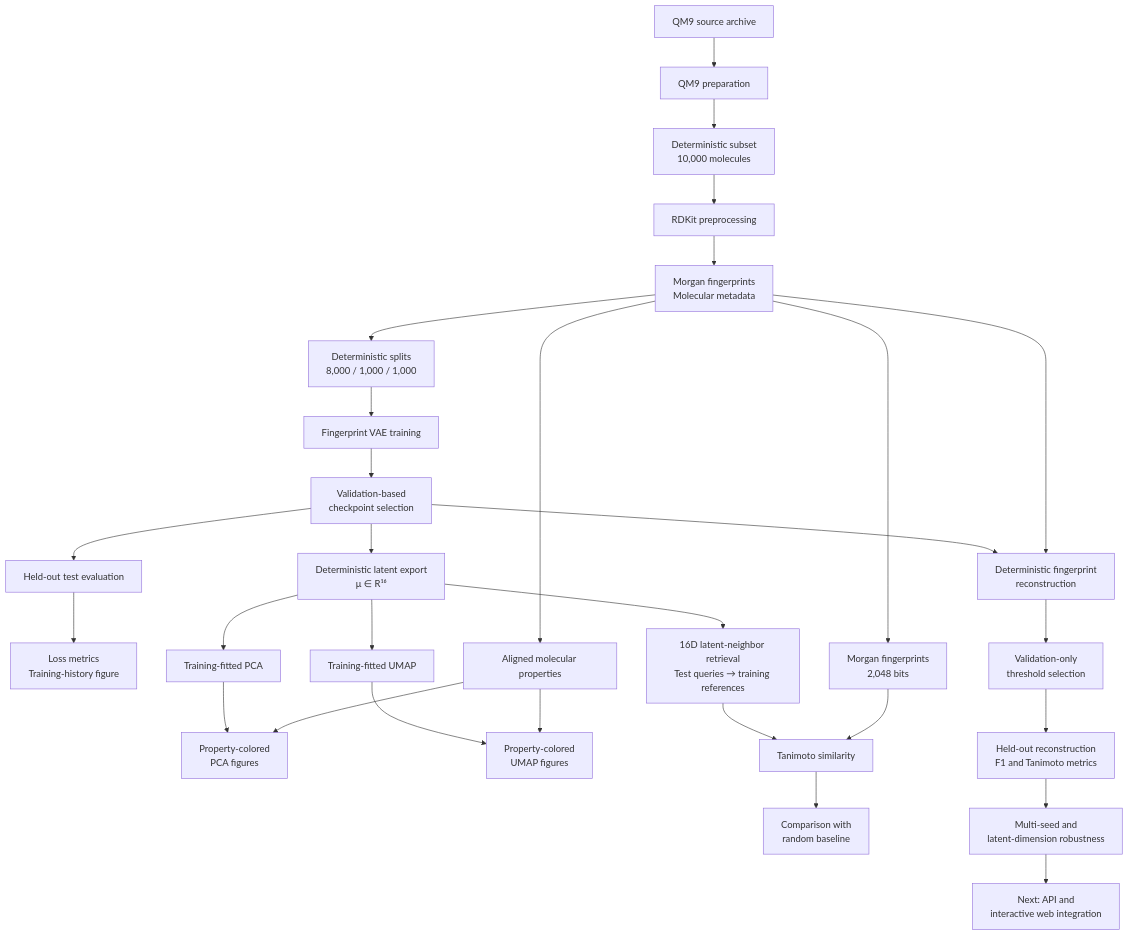
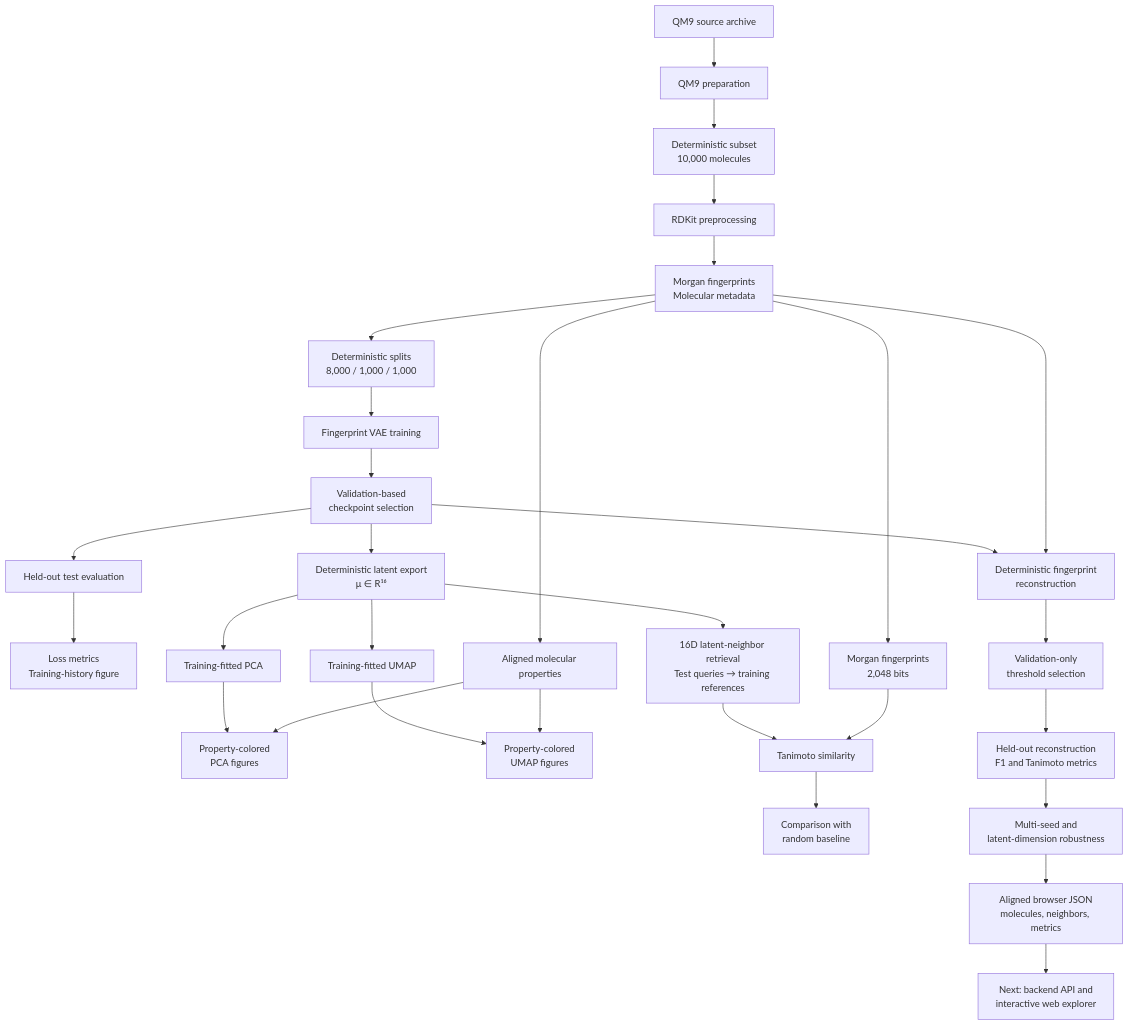
One commit to rizonehyseni/Latent-Space-Explorer changed the diagram in docs/ARCHITECTURE.md. Above: the diagram before and after it, drawn with Mermaid. The commit also changed other lines of this file and 1 other file, not shown here.

Commit message:
docs: update project status for web integration

````diff
--- a/docs/ARCHITECTURE.md
+++ b/docs/ARCHITECTURE.md
@@ -11,36 +11,37 @@
 ```mermaid
 flowchart TD
     A["QM9 source archive"] --> B["QM9 preparation"]
     B --> C["Deterministic subset<br/>10,000 molecules"]
     C --> D["RDKit preprocessing"]
     D --> E["Morgan fingerprints<br/>Molecular metadata"]
     E --> F["Deterministic splits<br/>8,000 / 1,000 / 1,000"]
 
     F --> G["Fingerprint VAE training"]
     G --> H["Validation-based<br/>checkpoint selection"]
     H --> I["Held-out test evaluation"]
     I --> J["Loss metrics<br/>Training-history figure"]
 
     H --> K["Deterministic latent export<br/>μ ∈ R¹⁶"]
     K --> L["Training-fitted PCA"]
     K --> M["Training-fitted UMAP"]
 
     E --> N["Aligned molecular properties"]
     L --> O["Property-colored<br/>PCA figures"]
     M --> P["Property-colored<br/>UMAP figures"]
     N --> O
     N --> P
 
     K --> Q["16D latent-neighbor retrieval<br/>Test queries → training references"]
     E --> R["Morgan fingerprints<br/>2,048 bits"]
     Q --> S["Tanimoto similarity"]
     R --> S
     S --> T["Comparison with<br/>random baseline"]
 
     H --> U["Deterministic fingerprint<br/>reconstruction"]
     E --> U
     U --> V["Validation-only<br/>threshold selection"]
     V --> W["Held-out reconstruction<br/>F1 and Tanimoto metrics"]
     W --> X["Multi-seed and<br/>latent-dimension robustness"]
-    X --> Y["Next: API and<br/>interactive web integration"]    
+    X --> Y["Aligned browser JSON<br/>molecules, neighbors, metrics"]
+    Y --> Z["Next: backend API and<br/>interactive web explorer"]  
 ```
````
